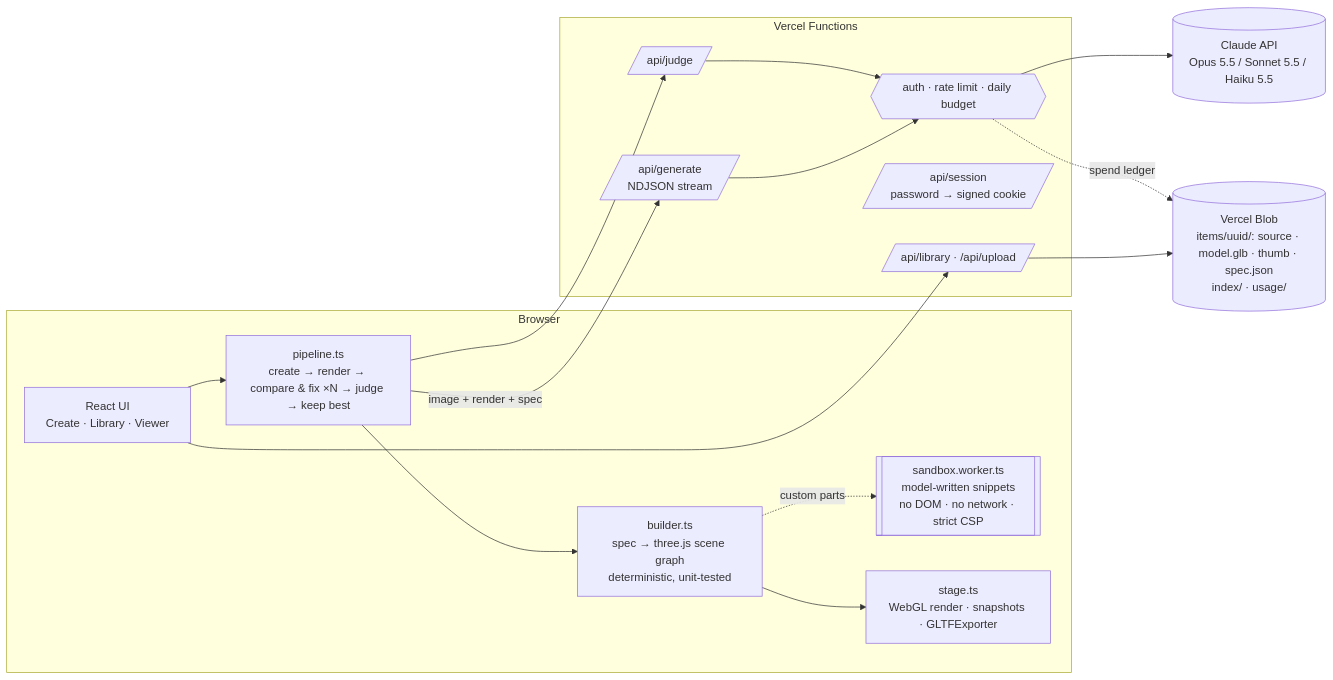
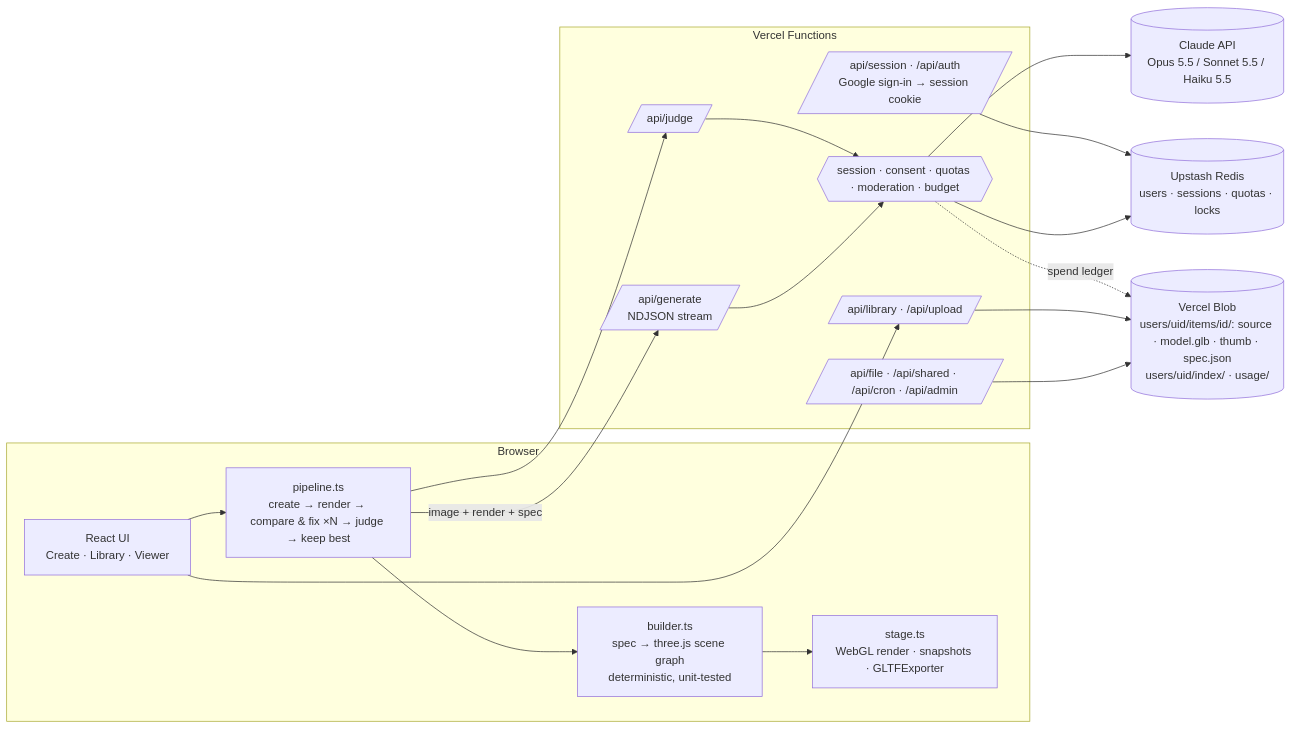
Before and after one commit to agamagar/portfolio: the diagram in apps/image-to-3d/README.md, drawn with Mermaid. The commit also changed other lines of this file and 12 other files, not shown here.

Commit message:
image-to-3d: README (decisions, Agam's setup list, security), e2e for consent / moderation / three views / quota / share, screenshots

````diff
--- a/apps/image-to-3d/README.md
+++ b/apps/image-to-3d/README.md
@@ -96,27 +126,30 @@
 ```mermaid
 flowchart LR
   subgraph Browser
     UI[React UI<br/>Create · Library · Viewer]
     P[pipeline.ts<br/>create → render → compare & fix ×N → judge → keep best]
     B[builder.ts<br/>spec → three.js scene graph<br/>deterministic, unit-tested]
-    W[[sandbox.worker.ts<br/>model-written snippets<br/>no DOM · no network · strict CSP]]
     S[stage.ts<br/>WebGL render · snapshots · GLTFExporter]
     UI --> P --> B --> S
-    B -. custom parts .-> W
   end
   subgraph Vercel Functions
     G[/api/generate<br/>NDJSON stream/]
     J[/api/judge/]
     L[/api/library · /api/upload/]
-    A[/api/session<br/>password → signed cookie/]
-    GATE{{auth · rate limit · daily budget}}
+    A[/api/session · /api/auth<br/>Google sign-in → session cookie/]
+    F[/api/file · /api/shared · /api/cron · /api/admin/]
+    GATE{{session · consent · quotas · moderation · budget}}
   end
   C[(Claude API<br/>Opus 5.5 / Sonnet 5.5 / Haiku 5.5)]
-  BL[(Vercel Blob<br/>items/uuid/: source · model.glb · thumb · spec.json<br/>index/ · usage/)]
+  BL[(Vercel Blob<br/>users/uid/items/id/: source · model.glb · thumb · spec.json<br/>users/uid/index/ · usage/)]
+  KV[(Upstash Redis<br/>users · sessions · quotas · locks)]
   P -- image + render + spec --> G
   P --> J
   UI --> L
   G & J --> GATE --> C
+  GATE --> KV
+  A --> KV
+  F --> BL
   L --> BL
   GATE -. spend ledger .-> BL
 ```
````
